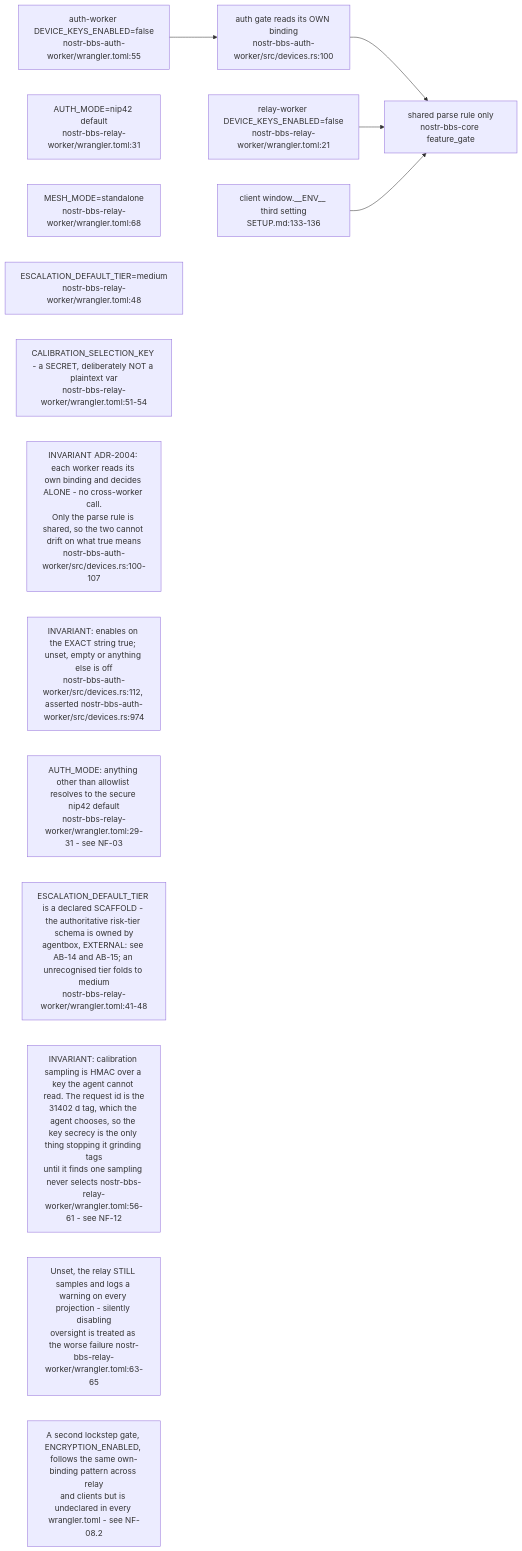
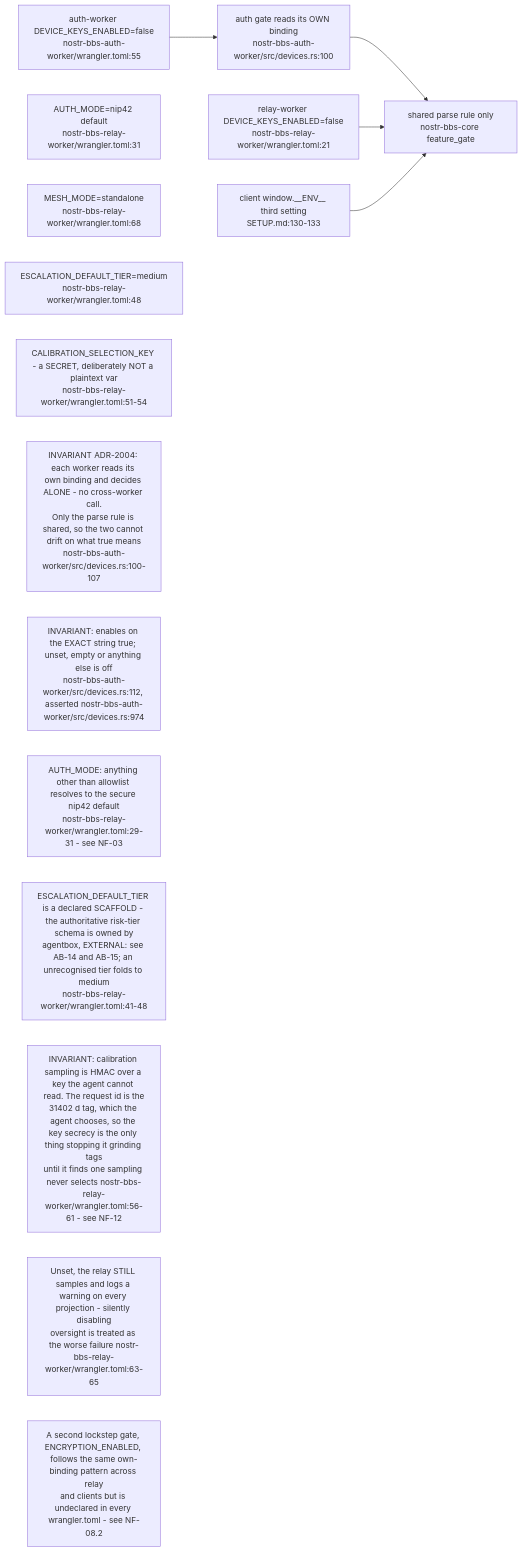
Before and after one commit to DreamLab-AI/VisionFlow: the eighth of 9 diagrams in docs/diagrams/nostr-rust-forum/08-config-zones-stores-and-admin-authority.md, drawn with Mermaid. The commit also changed other lines of this file and 26 other files, not shown here.

First line of the commit message:
docs(diagrams): re-verify solid-pod-rs, nostr-rust-forum and visionclaw 22/36 against HEAD

````diff
--- a/docs/diagrams/nostr-rust-forum/08-config-zones-stores-and-admin-authority.md
+++ b/docs/diagrams/nostr-rust-forum/08-config-zones-stores-and-admin-authority.md
@@ -248,24 +265,24 @@
 ```mermaid
 flowchart LR
     DKA["auth-worker DEVICE_KEYS_ENABLED=false<br/>nostr-bbs-auth-worker/wrangler.toml:55"]
     DKR["relay-worker DEVICE_KEYS_ENABLED=false<br/>nostr-bbs-relay-worker/wrangler.toml:21"]
-    DKC["client window.__ENV__ third setting<br/>SETUP.md:133-136"]
+    DKC["client window.__ENV__ third setting<br/>SETUP.md:130-133"]
     GATEFN["auth gate reads its OWN binding<br/>nostr-bbs-auth-worker/src/devices.rs:100"]
     SHARED["shared parse rule only<br/>nostr-bbs-core feature_gate"]
     AM["AUTH_MODE=nip42 default<br/>nostr-bbs-relay-worker/wrangler.toml:31"]
     MESH["MESH_MODE=standalone<br/>nostr-bbs-relay-worker/wrangler.toml:68"]
     ESC["ESCALATION_DEFAULT_TIER=medium<br/>nostr-bbs-relay-worker/wrangler.toml:48"]
     CAL["CALIBRATION_SELECTION_KEY - a SECRET, deliberately NOT a plaintext var<br/>nostr-bbs-relay-worker/wrangler.toml:51-54"]
 
     DKA --> GATEFN --> SHARED
     DKR --> SHARED
     DKC --> SHARED
 
     N1["INVARIANT ADR-2004: each worker reads its own binding and decides ALONE - no cross-worker call.<br/>Only the parse rule is shared, so the two cannot drift on what true means<br/>nostr-bbs-auth-worker/src/devices.rs:100-107"]
     N2["INVARIANT: enables on the EXACT string true; unset, empty or anything else is off<br/>nostr-bbs-auth-worker/src/devices.rs:112, asserted nostr-bbs-auth-worker/src/devices.rs:974"]
     N3["AUTH_MODE: anything other than allowlist resolves to the secure nip42 default<br/>nostr-bbs-relay-worker/wrangler.toml:29-31 - see NF-03"]
     N4["ESCALATION_DEFAULT_TIER is a declared SCAFFOLD - the authoritative risk-tier schema is owned by<br/>agentbox, EXTERNAL: see AB-14 and AB-15; an unrecognised tier folds to medium<br/>nostr-bbs-relay-worker/wrangler.toml:41-48"]
     N5["INVARIANT: calibration sampling is HMAC over a key the agent cannot read. The request id is the<br/>31402 d tag, which the agent chooses, so the key secrecy is the only thing stopping it grinding tags<br/>until it finds one sampling never selects nostr-bbs-relay-worker/wrangler.toml:56-61 - see NF-12"]
     N6["Unset, the relay STILL samples and logs a warning on every projection - silently disabling<br/>oversight is treated as the worse failure nostr-bbs-relay-worker/wrangler.toml:63-65"]
     N7["A second lockstep gate, ENCRYPTION_ENABLED, follows the same own-binding pattern across relay<br/>and clients but is undeclared in every wrangler.toml - see NF-08.2"]
 ```
````
